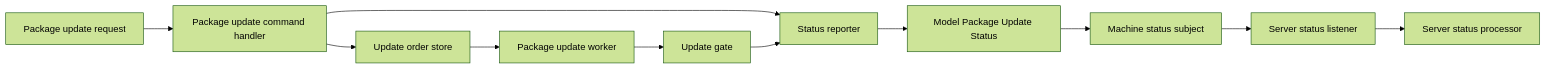
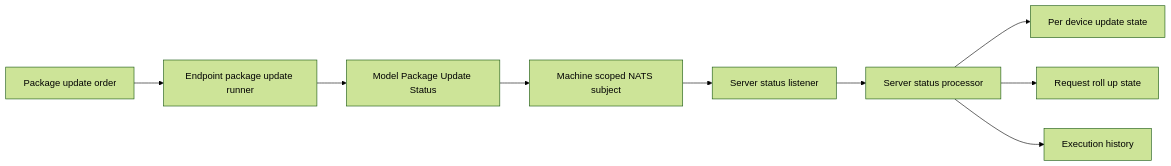
One commit to flamingo-stack/openframe-oss-tenant changed the first of 3 diagrams in docs/reference/architecture/openframe-client-core/model-package-update-status/model-package-update-status.md. Above: the diagram before and after it, drawn with Mermaid (forest theme). The commit also changed other lines of this file and 2377 other files, not shown here.

````diff
--- a/docs/reference/architecture/openframe-client-core/model-package-update-status/model-package-update-status.md
+++ b/docs/reference/architecture/openframe-client-core/model-package-update-status/model-package-update-status.md
@@ -21,13 +21,11 @@
 ```mermaid
 flowchart LR
-    UpdateRequest["Package update request"] --> CommandHandler["Package update command handler"]
-    CommandHandler --> OrderStore["Update order store"]
-    CommandHandler --> StatusReporter["Status reporter"]
-    OrderStore --> UpdateWorker["Package update worker"]
-    UpdateWorker --> UpdateGate["Update gate"]
-    UpdateGate --> StatusReporter
-    StatusReporter --> StatusModel["Model Package Update Status"]
-    StatusModel --> StatusSubject["Machine status subject"]
-    StatusSubject --> ServerListener["Server status listener"]
-    ServerListener --> StatusProcessor["Server status processor"]
+    UpdateOrder["Package update order"] --> AgentRunner["Endpoint package update runner"]
+    AgentRunner --> StatusModel["Model Package Update Status"]
+    StatusModel --> NatsSubject["Machine scoped NATS subject"]
+    NatsSubject --> StatusListener["Server status listener"]
+    StatusListener --> StatusProcessor["Server status processor"]
+    StatusProcessor --> DeviceState["Per device update state"]
+    StatusProcessor --> RequestState["Request roll up state"]
+    StatusProcessor --> ExecutionHistory["Execution history"]
 ```
````
